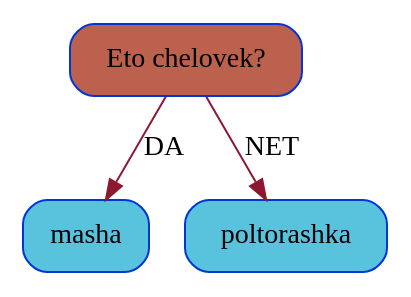
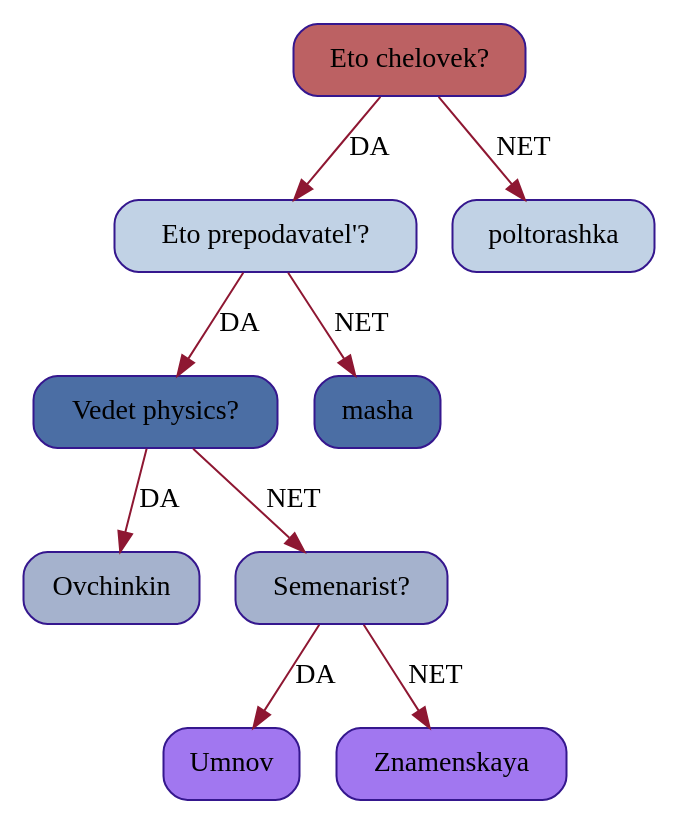
Before and after one commit to krmary/akinator: the diagram in png_akinator.dot, drawn with Graphviz. The commit also changed 7 other files, not shown here.

```diff
--- a/png_akinator.dot
+++ b/png_akinator.dot
@@ -1,8 +1,20 @@
 digraph G{
 edge[color="#8e1732"]
-{rank = 0; "00CB1870" [shape=Mrecord, style="filled",fillcolor="#bc614e", color="#0035d6", label= "{ Eto chelovek?}"]};
-"00CB1870"->"00CB1888"[label = "DA"];
-{rank = 1; "00CB1888" [shape=Mrecord, style="filled",fillcolor="#59c3defe", color="#0035d6", label= "{masha}"]};
-"00CB1870"->"00CB18A0"[label = "NET"];
-{rank = 1; "00CB18A0" [shape=Mrecord, style="filled",fillcolor="#59c3defe", color="#0035d6", label= "{ poltorashka}"]};
+{rank = 0; "00C914B0" [shape=Mrecord, style="filled",fillcolor="#bc6163", color="#35178e", label= "{Eto chelovek?}"]};
+"00C914B0"->"00C91558"[label = "DA"];
+{rank = 1; "00C91558" [shape=Mrecord, style="filled",fillcolor="#4374ae53", color="#35178e", label= "{Eto prepodavatel'?}"]};
+"00C91558"->"00C91600"[label = "DA"];
+{rank = 2; "00C91600" [shape=Mrecord, style="filled",fillcolor="#2e5796db", color="#35178e", label= "{Vedet physics?}"]};
+"00C91600"->"00C916A8"[label = "DA"];
+{rank = 3; "00C916A8" [shape=Mrecord, style="filled",fillcolor="#193a7f63", color="#35178e", label= "{Ovchinkin}"]};
+"00C91600"->"00C91708"[label = "NET"];
+{rank = 3; "00C91708" [shape=Mrecord, style="filled",fillcolor="#193a7f63", color="#35178e", label= "{Semenarist?}"]};
+"00C91708"->"00C917B0"[label = "DA"];
+{rank = 4; "00C917B0" [shape=Mrecord, style="filled",fillcolor="#8a55eccb", color="#35178e", label= "{Umnov }"]};
+"00C91708"->"00C91810"[label = "NET"];
+{rank = 4; "00C91810" [shape=Mrecord, style="filled",fillcolor="#8a55eccb", color="#35178e", label= "{Znamenskaya}"]};
+"00C91558"->"00C91660"[label = "NET"];
+{rank = 2; "00C91660" [shape=Mrecord, style="filled",fillcolor="#2e5796db", color="#35178e", label= "{masha}"]};
+"00C914B0"->"00C91678"[label = "NET"];
+{rank = 1; "00C91678" [shape=Mrecord, style="filled",fillcolor="#4374ae53", color="#35178e", label= "{poltorashka}"]};
 }
```
